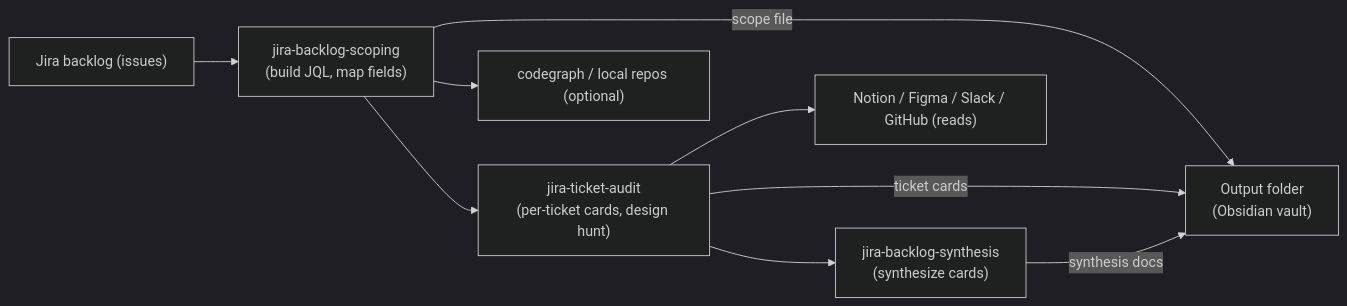
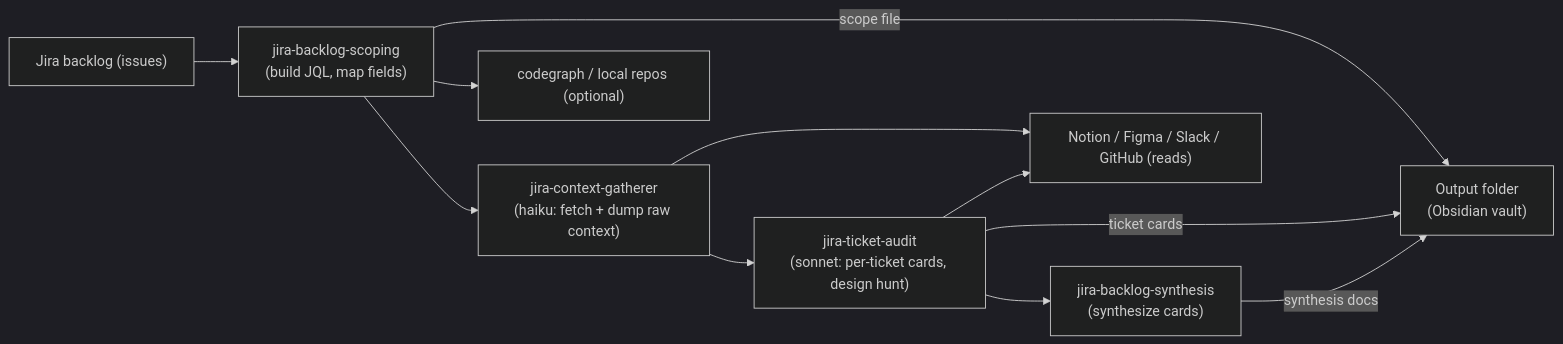
The diagram in docs/WORKFLOW_OVERVIEW.md (josep-qdrant/jira-tools), drawn with Mermaid (dark theme) before and after one commit. The commit also changed other lines of this file and 19 other files, not shown here.

````diff
--- a/docs/WORKFLOW_OVERVIEW.md
+++ b/docs/WORKFLOW_OVERVIEW.md
@@ -21,11 +21,13 @@
 ```mermaid
 flowchart LR
   Jira["Jira backlog (issues)"] --> Scoper["jira-backlog-scoping\n(build JQL, map fields)"]
-  Scoper --> Auditor["jira-ticket-audit\n(per-ticket cards, design hunt)"]
+  Scoper --> Gatherer["jira-context-gatherer\n(haiku: fetch + dump raw context)"]
+  Gatherer --> Auditor["jira-ticket-audit\n(sonnet: per-ticket cards, design hunt)"]
   Auditor --> Synth["jira-backlog-synthesis\n(synthesize cards)"]
   Scoper -->|"scope file"| Output["Output folder\n(Obsidian vault)"]
   Auditor -->|"ticket cards"| Output
   Synth -->|"synthesis docs"| Output
-  Auditor --> Integrations["Notion / Figma / Slack / GitHub (reads)"]
+  Gatherer --> Integrations["Notion / Figma / Slack / GitHub (reads)"]
+  Auditor --> Integrations
   Scoper --> Codegraph["codegraph / local repos (optional)"]
 ```
````
